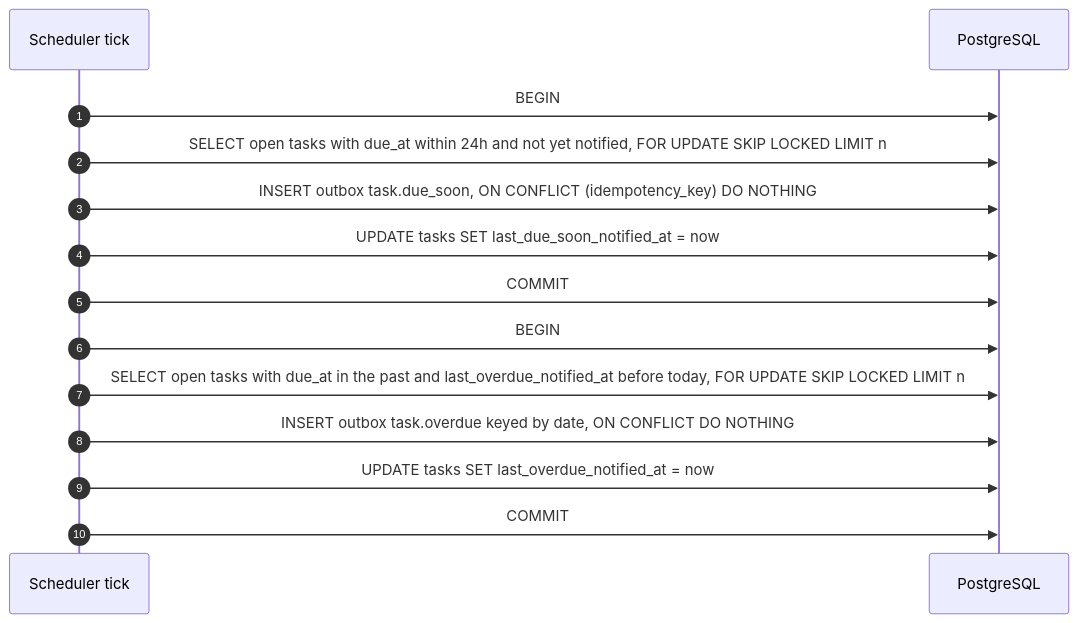
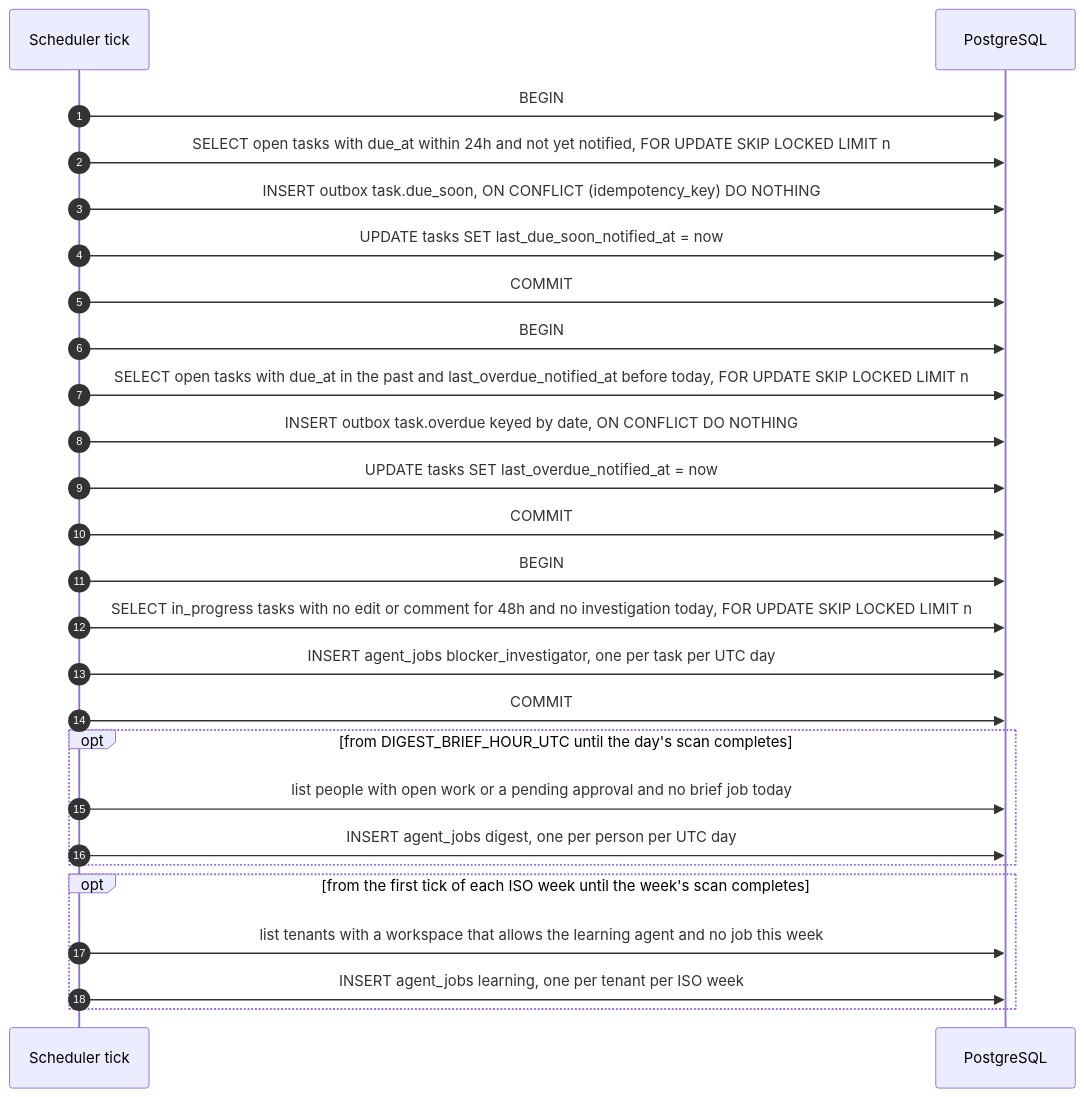
Before and after one commit to rtrtarun/taskify: the fifth of 23 diagrams in docs/architecture.md, drawn with Mermaid. The commit also changed other lines of this file, not shown here.

Commit message:
docs(architecture): bring sections 5 to 9 up to what is built through M12

````diff
--- a/docs/architecture.md
+++ b/docs/architecture.md
@@ -230,17 +230,29 @@
 ```mermaid
 sequenceDiagram
     autonumber
     participant T as Scheduler tick
     participant DB as PostgreSQL
 
     T->>DB: BEGIN
     T->>DB: SELECT open tasks with due_at within 24h and not yet notified, FOR UPDATE SKIP LOCKED LIMIT n
     T->>DB: INSERT outbox task.due_soon, ON CONFLICT (idempotency_key) DO NOTHING
     T->>DB: UPDATE tasks SET last_due_soon_notified_at = now
     T->>DB: COMMIT
     T->>DB: BEGIN
     T->>DB: SELECT open tasks with due_at in the past and last_overdue_notified_at before today, FOR UPDATE SKIP LOCKED LIMIT n
     T->>DB: INSERT outbox task.overdue keyed by date, ON CONFLICT DO NOTHING
     T->>DB: UPDATE tasks SET last_overdue_notified_at = now
     T->>DB: COMMIT
+    T->>DB: BEGIN
+    T->>DB: SELECT in_progress tasks with no edit or comment for 48h and no investigation today, FOR UPDATE SKIP LOCKED LIMIT n
+    T->>DB: INSERT agent_jobs blocker_investigator, one per task per UTC day
+    T->>DB: COMMIT
+    opt from DIGEST_BRIEF_HOUR_UTC until the day's scan completes
+        T->>DB: list people with open work or a pending approval and no brief job today
+        T->>DB: INSERT agent_jobs digest, one per person per UTC day
+    end
+    opt from the first tick of each ISO week until the week's scan completes
+        T->>DB: list tenants with a workspace that allows the learning agent and no job this week
+        T->>DB: INSERT agent_jobs learning, one per tenant per ISO week
+    end
 ```
````
